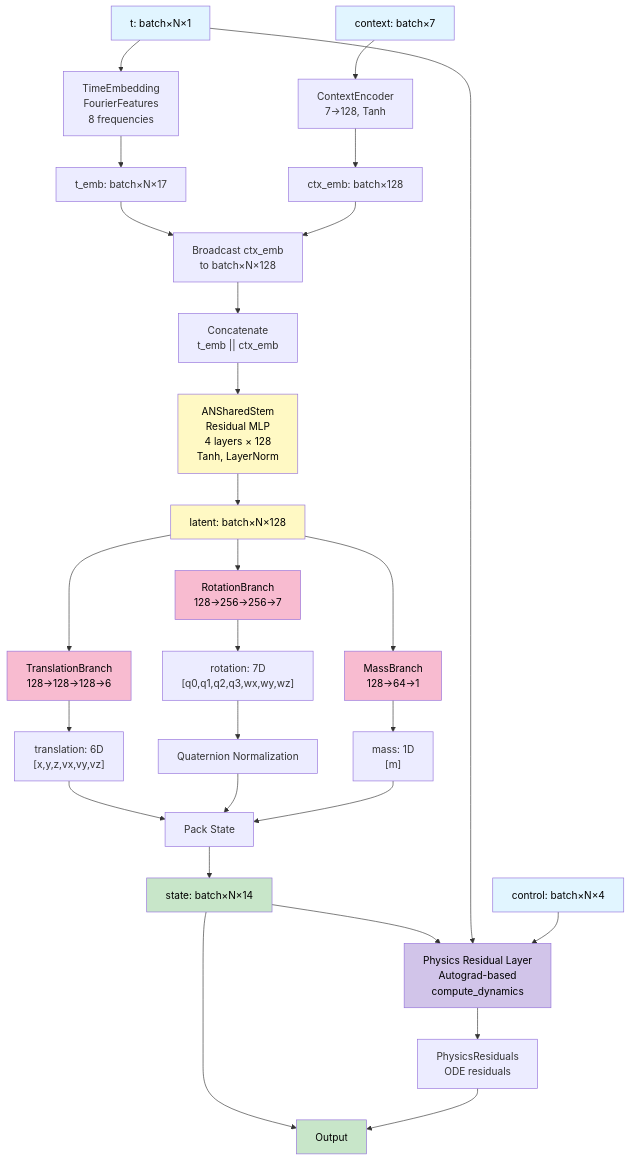
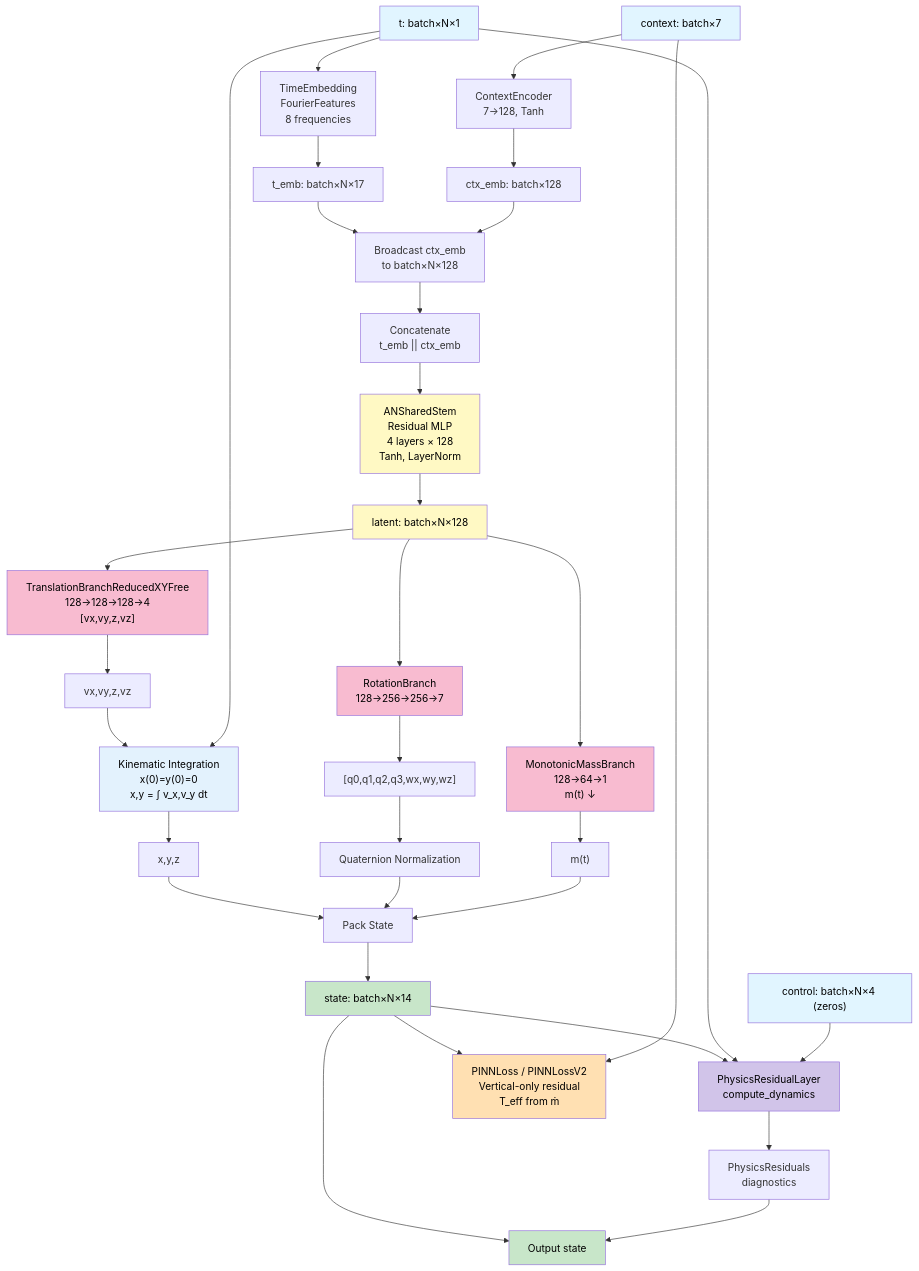
One commit to hahahuy/thesis-rocket-trajectory-optimizer changed diagram 12 of 13 in docs/architecture_diagram.md. Above: the diagram before and after it, drawn with Mermaid. The commit also changed other lines of this file and 16 other files, not shown here.

````diff
--- a/docs/architecture_diagram.md
+++ b/docs/architecture_diagram.md
@@ -513,46 +513,61 @@
 ```mermaid
 graph TD
     A["t: batch×N×1"] --> B["TimeEmbedding<br/>FourierFeatures<br/>8 frequencies"]
     C["context: batch×7"] --> D["ContextEncoder<br/>7→128, Tanh"]
     B --> E["t_emb: batch×N×17"]
     D --> F["ctx_emb: batch×128"]
     E --> G["Broadcast ctx_emb<br/>to batch×N×128"]
     F --> G
     G --> H["Concatenate<br/>t_emb || ctx_emb"]
     H --> I["ANSharedStem<br/>Residual MLP<br/>4 layers × 128<br/>Tanh, LayerNorm"]
     I --> J["latent: batch×N×128"]
     
-    J --> K1["TranslationBranch<br/>128→128→128→6"]
+    %% Mission branches
+    J --> K1["TranslationBranchReducedXYFree<br/>128→128→128→4<br/>[vx,vy,z,vz]"]
     J --> K2["RotationBranch<br/>128→256→256→7"]
-    J --> K3["MassBranch<br/>128→64→1"]
+    J --> K3["MonotonicMassBranch<br/>128→64→1<br/>m(t) ↓"]
     
-    K1 --> L1["translation: 6D<br/>[x,y,z,vx,vy,vz]"]
-    K2 --> L2["rotation: 7D<br/>[q0,q1,q2,q3,wx,wy,wz]"]
-    K3 --> L3["mass: 1D<br/>[m]"]
+    %% Split outputs
+    K1 --> Lvxvy["vx,vy,z,vz"]
+    K2 --> Lrot["[q0,q1,q2,q3,wx,wy,wz]"]
+    K3 --> Lm["m(t)"]
     
-    L2 --> M["Quaternion Normalization"]
-    L1 --> N["Pack State"]
+    %% x,y integration from velocities
+    Lvxvy --> INT["Kinematic Integration<br/>x(0)=y(0)=0<br/>x,y = ∫ v_x,v_y dt"]
+    A --> INT
+    INT --> Lpos["x,y,z"]
+    
+    %% Pack state
+    Lrot --> M["Quaternion Normalization"]
+    Lpos --> N["Pack State"]
     M --> N
-    L3 --> N
+    Lm --> N
     N --> O["state: batch×N×14"]
     
-    O --> P["Physics Residual Layer<br/>Autograd-based<br/>compute_dynamics"]
+    %% Physics residuals (full) and vertical-only loss
+    O --> P["PhysicsResidualLayer<br/>compute_dynamics"]
     A --> P
-    Q["control: batch×N×4"] --> P
-    P --> R["PhysicsResiduals<br/>ODE residuals"]
+    Q["control: batch×N×4 (zeros)"] --> P
+    P --> R["PhysicsResiduals<br/>diagnostics"]
     
-    O --> S["Output"]
+    %% Training loss (conceptual)
+    O --> LVERT["PINNLoss / PINNLossV2<br/>Vertical-only residual<br/>T_eff from ṁ"]
+    C --> LVERT
+    
+    O --> S["Output state"]
     R --> S
     
     style A fill:#e1f5ff,color:#000000
     style C fill:#e1f5ff,color:#000000
     style Q fill:#e1f5ff,color:#000000
     style I fill:#fff9c4,color:#000000
     style J fill:#fff9c4,color:#000000
     style K1 fill:#f8bbd0,color:#000000
     style K2 fill:#f8bbd0,color:#000000
     style K3 fill:#f8bbd0,color:#000000
+    style INT fill:#e3f2fd,color:#000000
     style P fill:#d1c4e9,color:#000000
+    style LVERT fill:#ffe0b2,color:#000000
     style O fill:#c8e6c9,color:#000000
     style S fill:#c8e6c9,color:#000000
 ```
````
